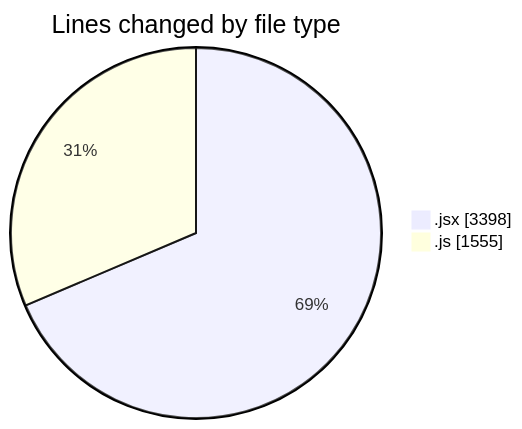
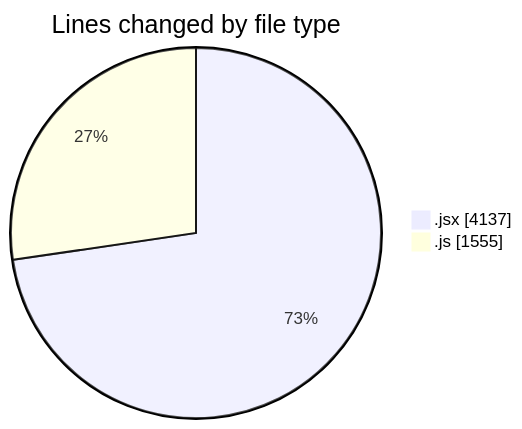
One commit to nxtqubesakshisongat/code-tracking changed the first of 2 diagrams in 2025-07-11/argos/README.md. Above: the diagram before and after it, drawn with Mermaid. The commit also changed other lines of this file and 1 other file, not shown here.

````diff
--- a/2025-07-11/argos/README.md
+++ b/2025-07-11/argos/README.md
@@ -27,6 +28,6 @@
 ```mermaid
 pie showData
 title Lines changed by file type
-".jsx" : 3398
+".jsx" : 4137
 ".js" : 1555
 ```
````
